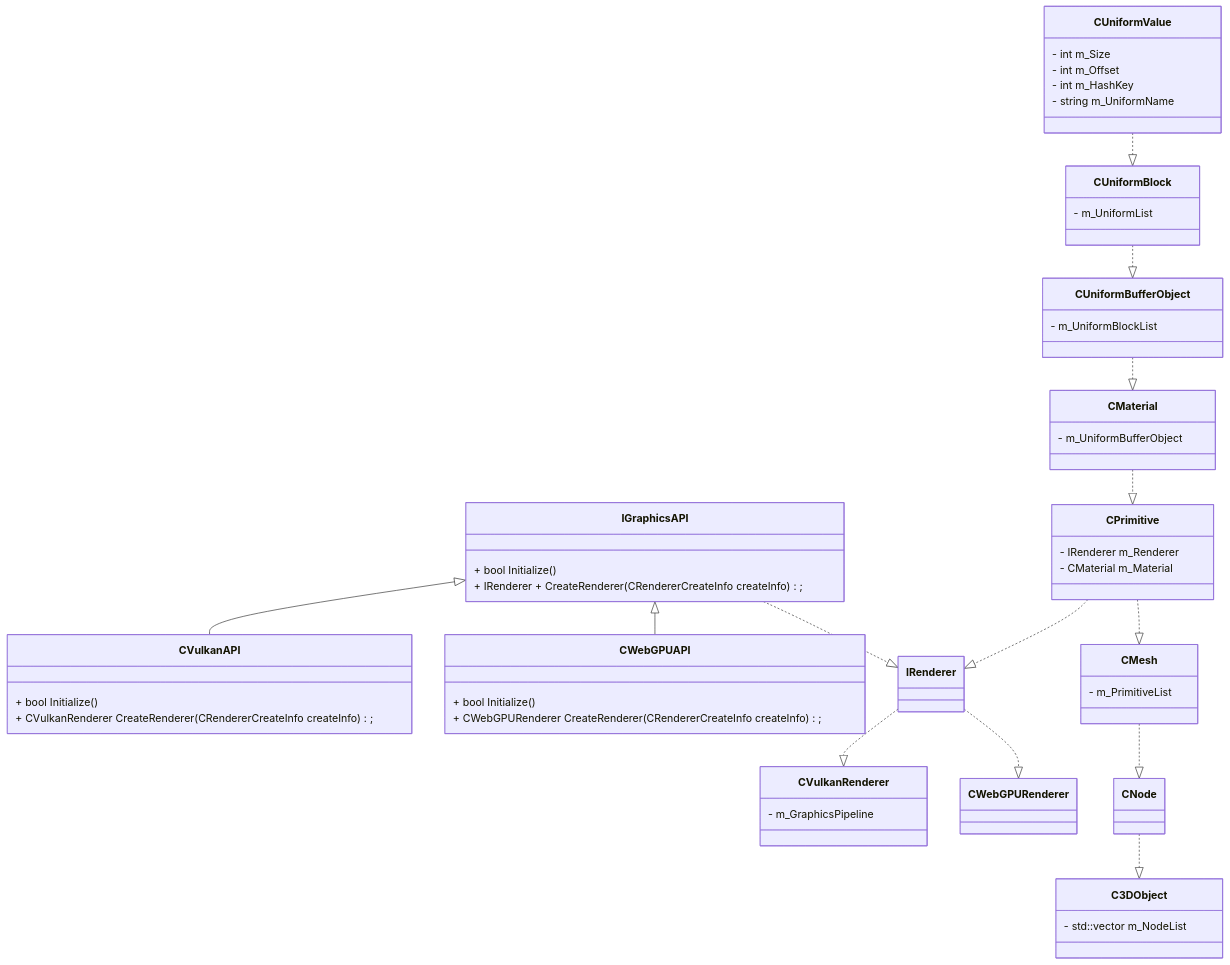
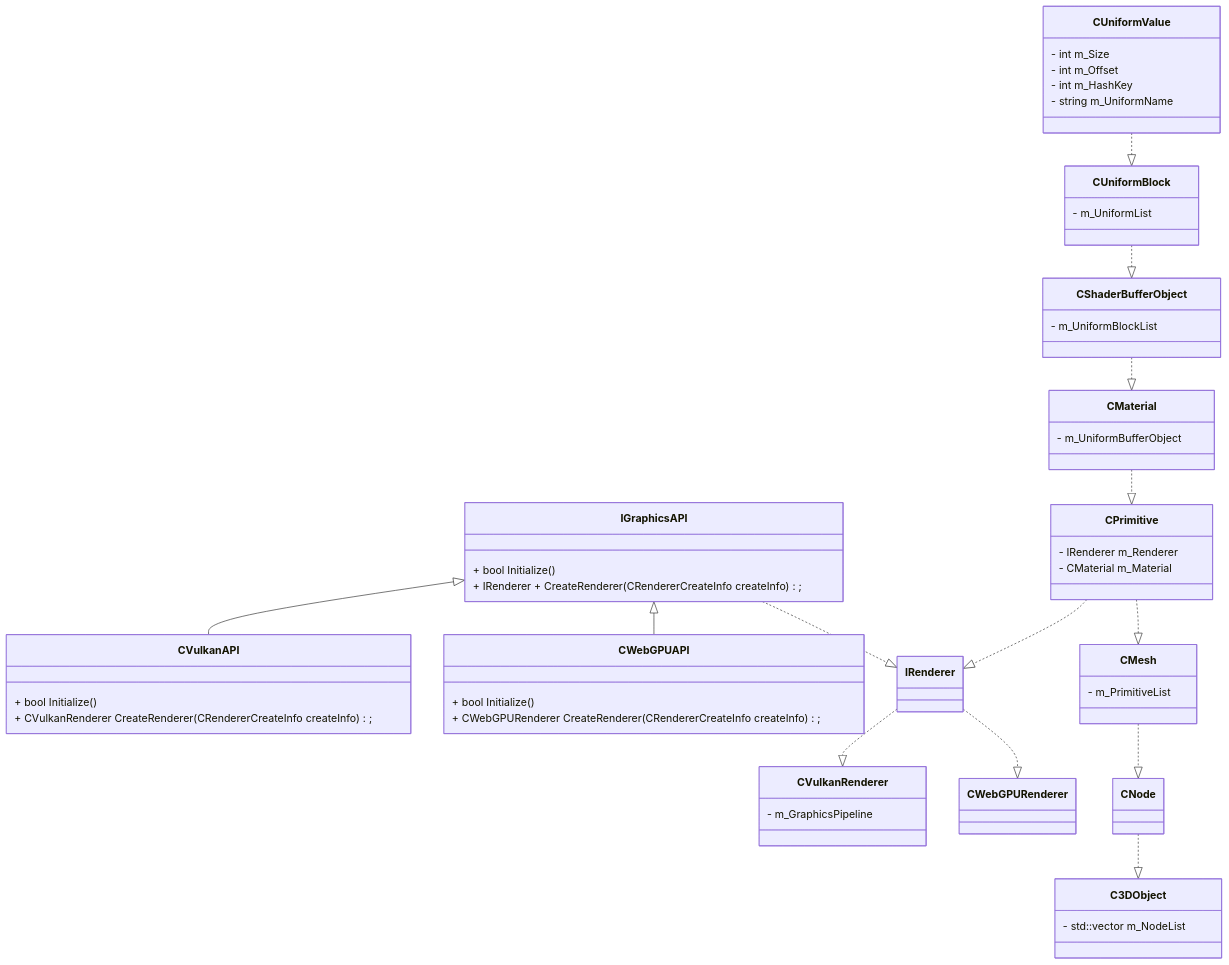
One commit to HaruoOgawa/Garnet changed the diagram in Garnet/UML/GraphicsStructure.md. Above: the diagram before and after it, drawn with Mermaid. The commit also changed 36 other files, not shown here.

```diff
--- a/Garnet/UML/GraphicsStructure.md
+++ b/Garnet/UML/GraphicsStructure.md
@@ -66,17 +66,17 @@
 
   CMaterial ..|> CPrimitive
   
-  class CUniformBufferObject{
+  class CShaderBufferObject{
     - m_UniformBlockList
   }
   
-  CUniformBufferObject ..|> CMaterial
+  CShaderBufferObject ..|> CMaterial
   
   class CUniformBlock{
     - m_UniformList
   }
   
-  CUniformBlock ..|> CUniformBufferObject
+  CUniformBlock ..|> CShaderBufferObject
   
   class CUniformValue{
     - int m_Size
```
